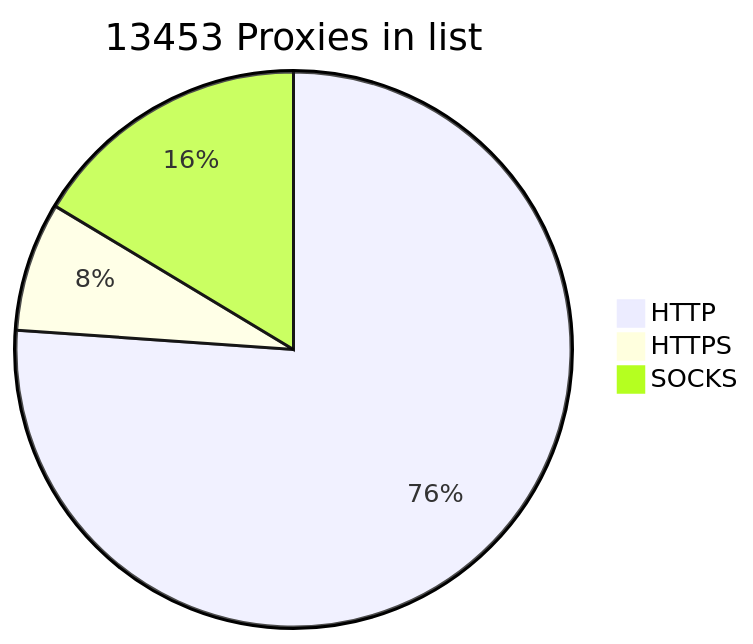
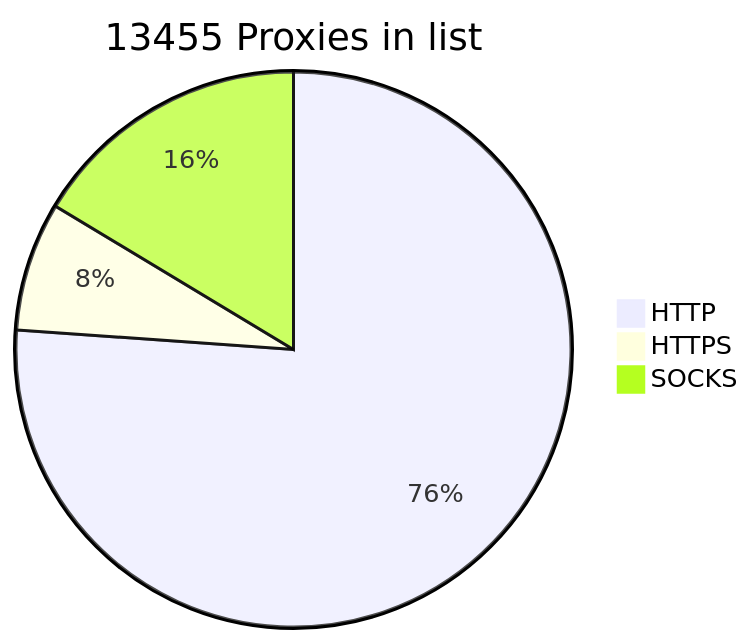
One commit to BlackSnowDot/proxylist-update-every-minute changed the diagram in README.md. Above: the diagram before and after it, drawn with Mermaid.

````diff
--- a/README.md
+++ b/README.md
@@ -2,6 +2,6 @@
 ```mermaid
-pie title 13453 Proxies in list
-    "HTTP" : 10425
-    "HTTPS": 1029
+pie title 13455 Proxies in list
+    "HTTP" : 10428
+    "HTTPS": 1028
     "SOCKS" : 2243
 ```
````
